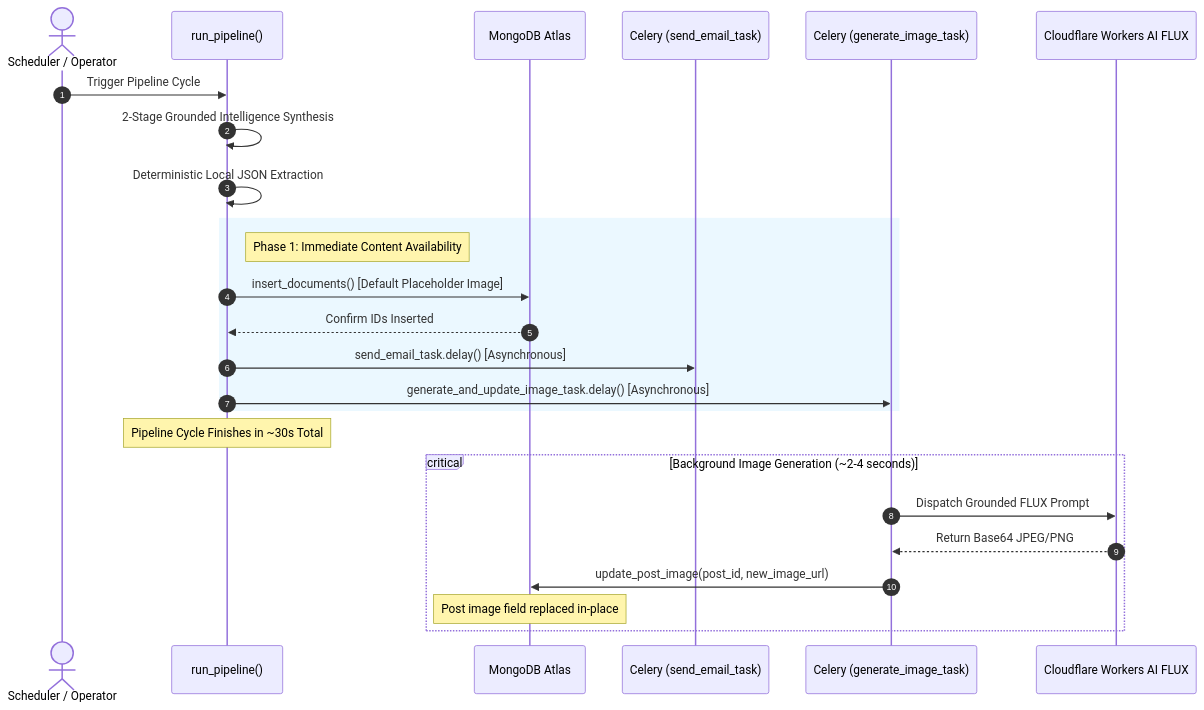
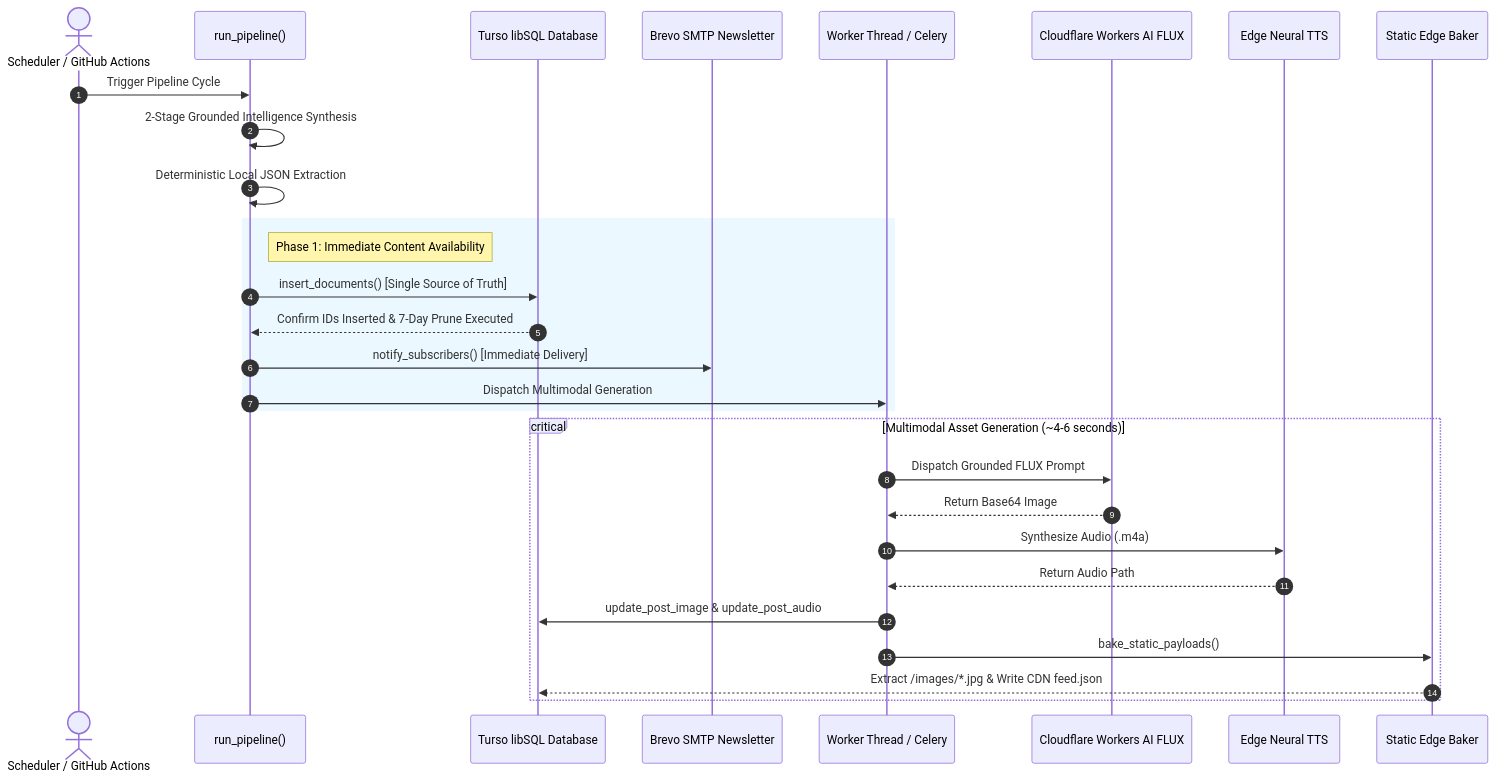
The second of 5 diagrams in docs/mechanism.md (AnamolZ/lucid-trend), drawn with Mermaid before and after one commit. The commit also changed other lines of this file and 2 other files, not shown here.

Commit message:
docs: update system overview, mechanism, and use guide with Turso DB and Cloudflare AI pool

````diff
--- a/docs/mechanism.md
+++ b/docs/mechanism.md
@@ -144,31 +125,34 @@
 ```mermaid
 sequenceDiagram
     autonumber
-    actor Scheduler as Scheduler / Operator
+    actor Scheduler as Scheduler / GitHub Actions
     participant Runner as run_pipeline()
-    participant Mongo as MongoDB Atlas
-    participant Email as Celery (send_email_task)
-    participant Celery as Celery (generate_image_task)
+    participant Turso as Turso libSQL Database
+    participant Email as Brevo SMTP Newsletter
+    participant Worker as Worker Thread / Celery
     participant CF as Cloudflare Workers AI FLUX
+    participant TTS as Edge Neural TTS
+    participant Baker as Static Edge Baker
 
     Scheduler->>Runner: Trigger Pipeline Cycle
     Runner->>Runner: 2-Stage Grounded Intelligence Synthesis
     Runner->>Runner: Deterministic Local JSON Extraction
     
     rect rgb(235, 248, 255)
         note right of Runner: Phase 1: Immediate Content Availability
-        Runner->>Mongo: insert_documents() [Default Placeholder Image]
-        Mongo-->>Runner: Confirm IDs Inserted
-        Runner->>Email: send_email_task.delay() [Asynchronous]
-        Runner->>Celery: generate_and_update_image_task.delay() [Asynchronous]
+        Runner->>Turso: insert_documents() [Single Source of Truth]
+        Turso-->>Runner: Confirm IDs Inserted & 7-Day Prune Executed
+        Runner->>Email: notify_subscribers() [Immediate Delivery]
+        Runner->>Worker: Dispatch Multimodal Generation
     end
     
-    note over Runner: Pipeline Cycle Finishes in ~30s Total
-    
-    critical Background Image Generation (~2-4 seconds)
-        Celery->>CF: Dispatch Grounded FLUX Prompt
-        CF-->>Celery: Return Base64 JPEG/PNG
-        Celery->>Mongo: update_post_image(post_id, new_image_url)
-        Note over Mongo: Post image field replaced in-place
+    critical Multimodal Asset Generation (~4-6 seconds)
+        Worker->>CF: Dispatch Grounded FLUX Prompt
+        CF-->>Worker: Return Base64 Image
+        Worker->>TTS: Synthesize Audio (.m4a)
+        TTS-->>Worker: Return Audio Path
+        Worker->>Turso: update_post_image & update_post_audio
+        Worker->>Baker: bake_static_payloads()
+        Baker-->>Turso: Extract /images/*.jpg & Write CDN feed.json
     end
 ```
````
